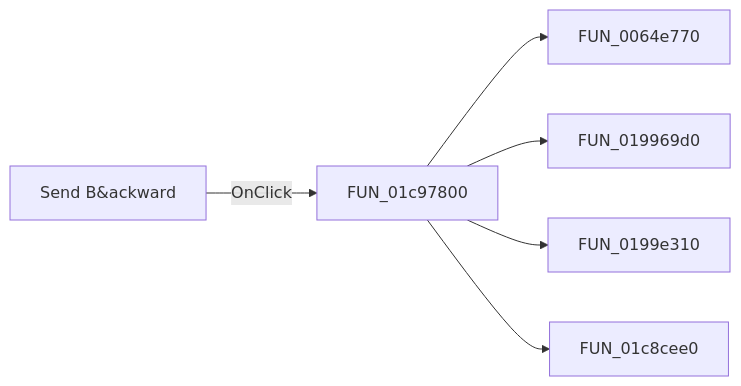
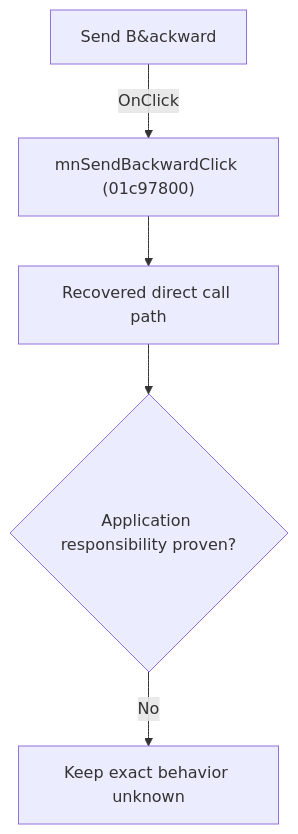
One commit to MovGP0/TIARA changed the diagram in docs/ui-controls/schematiceditor/mnsendbackward-74a8970a57.md. Above: the diagram before and after it, drawn with Mermaid. The commit also changed other lines of this file and 1062 other files, not shown here.

````diff
--- a/docs/ui-controls/schematiceditor/mnsendbackward-74a8970a57.md
+++ b/docs/ui-controls/schematiceditor/mnsendbackward-74a8970a57.md
@@ -27,8 +27,7 @@
 ```mermaid
-flowchart LR
-    control["Send B&ackward"] -->|OnClick| handler["FUN_01c97800"]
-    handler --> call1["FUN_0064e770"]
-    handler --> call2["FUN_019969d0"]
-    handler --> call3["FUN_0199e310"]
-    handler --> call4["FUN_01c8cee0"]
+flowchart TD
+    control["Send B&ackward"] -->|"OnClick"| handler["mnSendBackwardClick (01c97800)"]
+    handler --> recovered["Recovered direct call path"]
+    recovered --> gap{"Application responsibility proven?"}
+    gap -->|"No"| blocked["Keep exact behavior unknown"]
 ```
````
